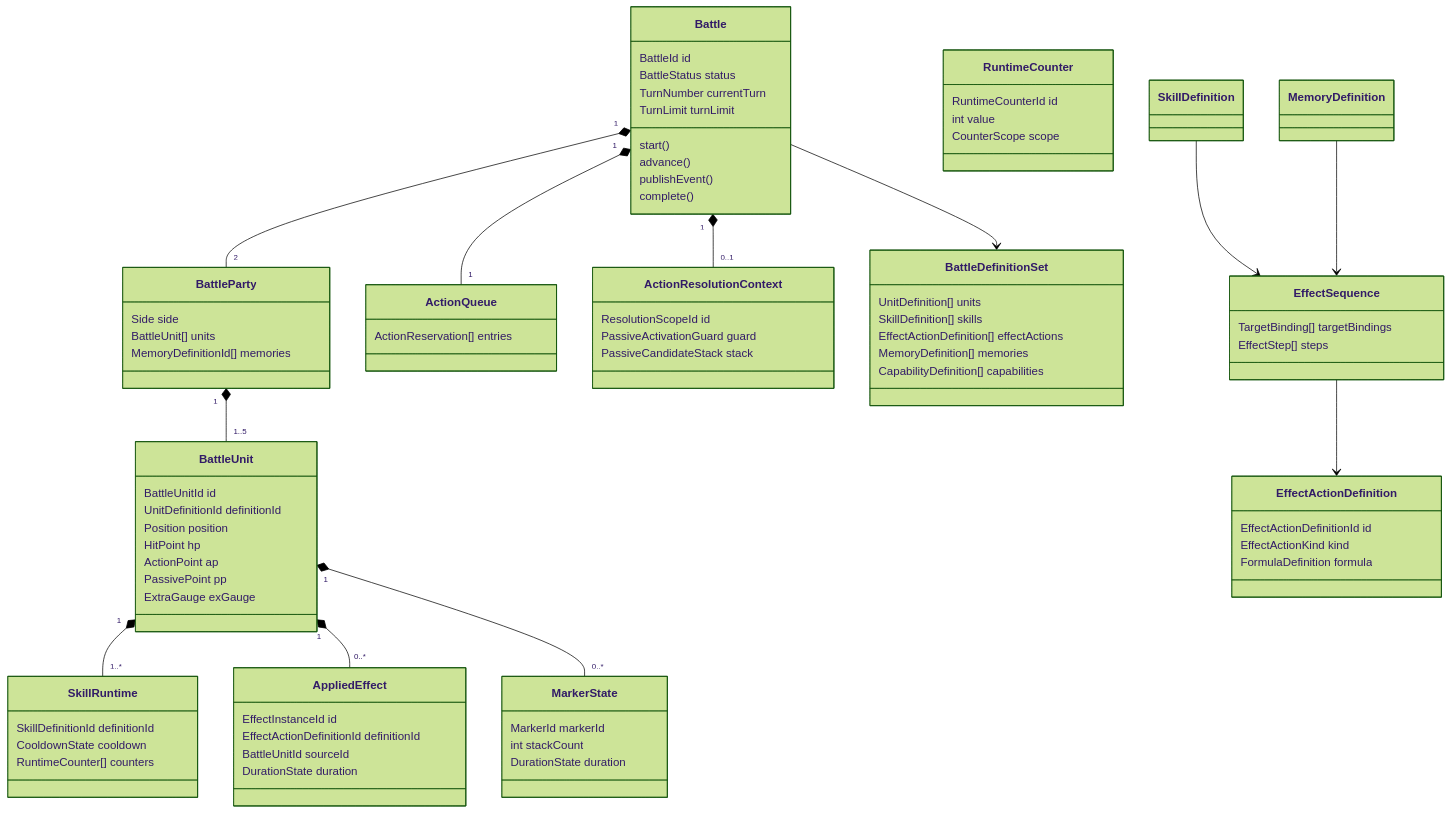
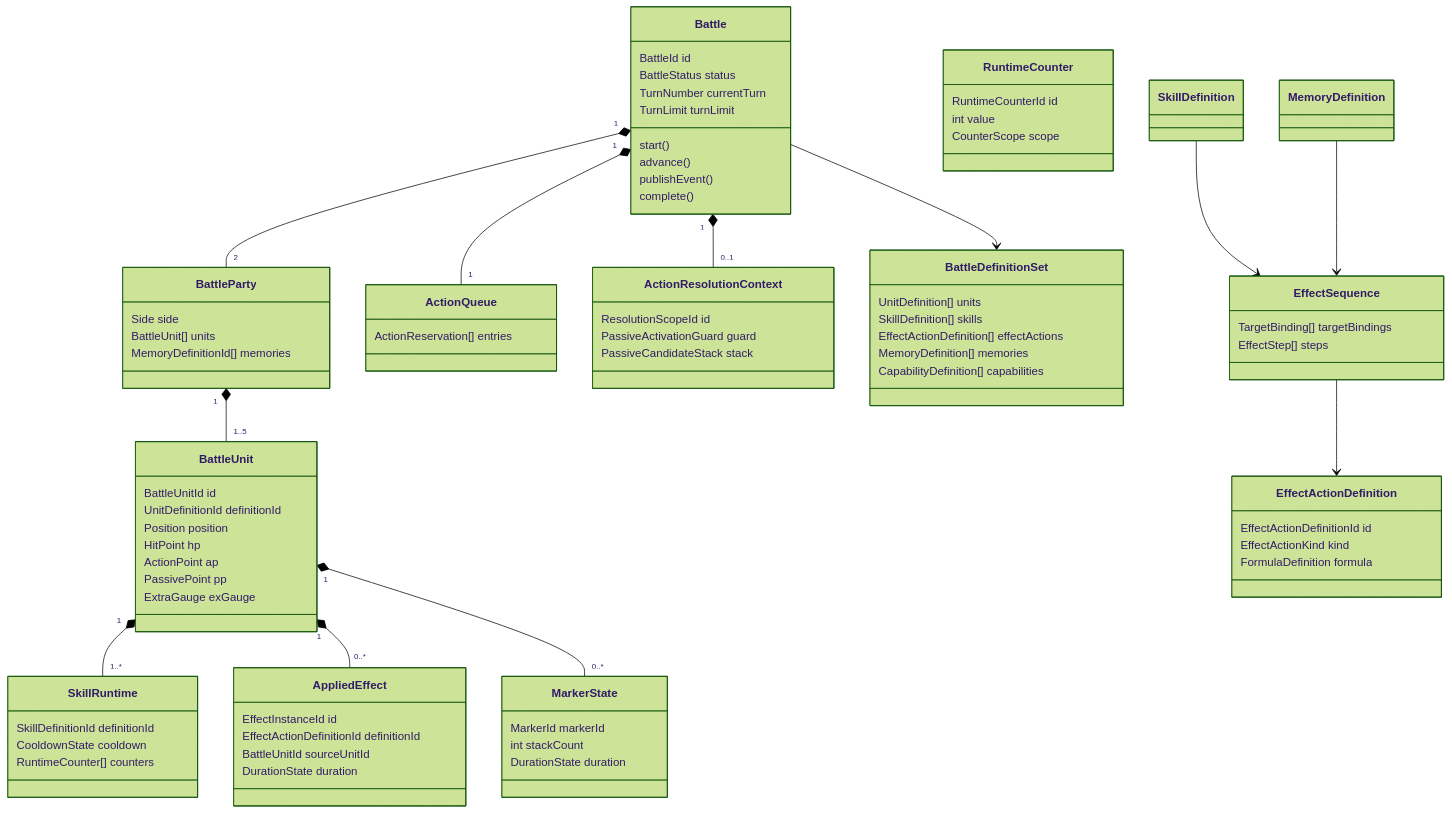
One commit to komei0727/muvluvgg_battle_simulator changed the diagram in docs/ddd/05_ドメインモデル.md. Above: the diagram before and after it, drawn with Mermaid (forest theme). The commit also changed 156 other files, not shown here.

```diff
--- a/docs/ddd/05_ドメインモデル.md
+++ b/docs/ddd/05_ドメインモデル.md
@@ -55,7 +55,7 @@
     class AppliedEffect {
         EffectInstanceId id
         EffectActionDefinitionId definitionId
-        BattleUnitId sourceId
+        BattleUnitId sourceUnitId
         DurationState duration
     }
 
```
